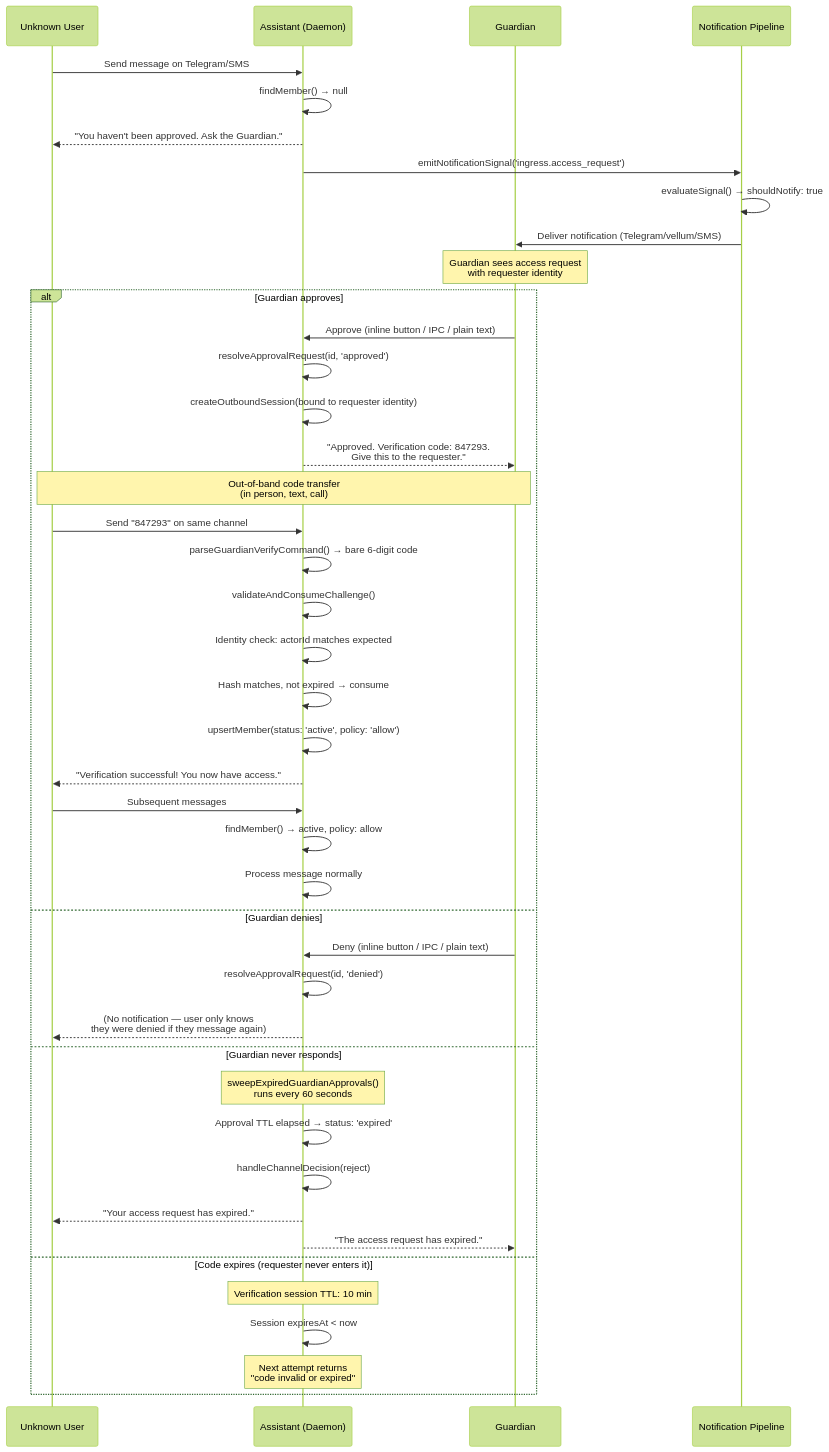
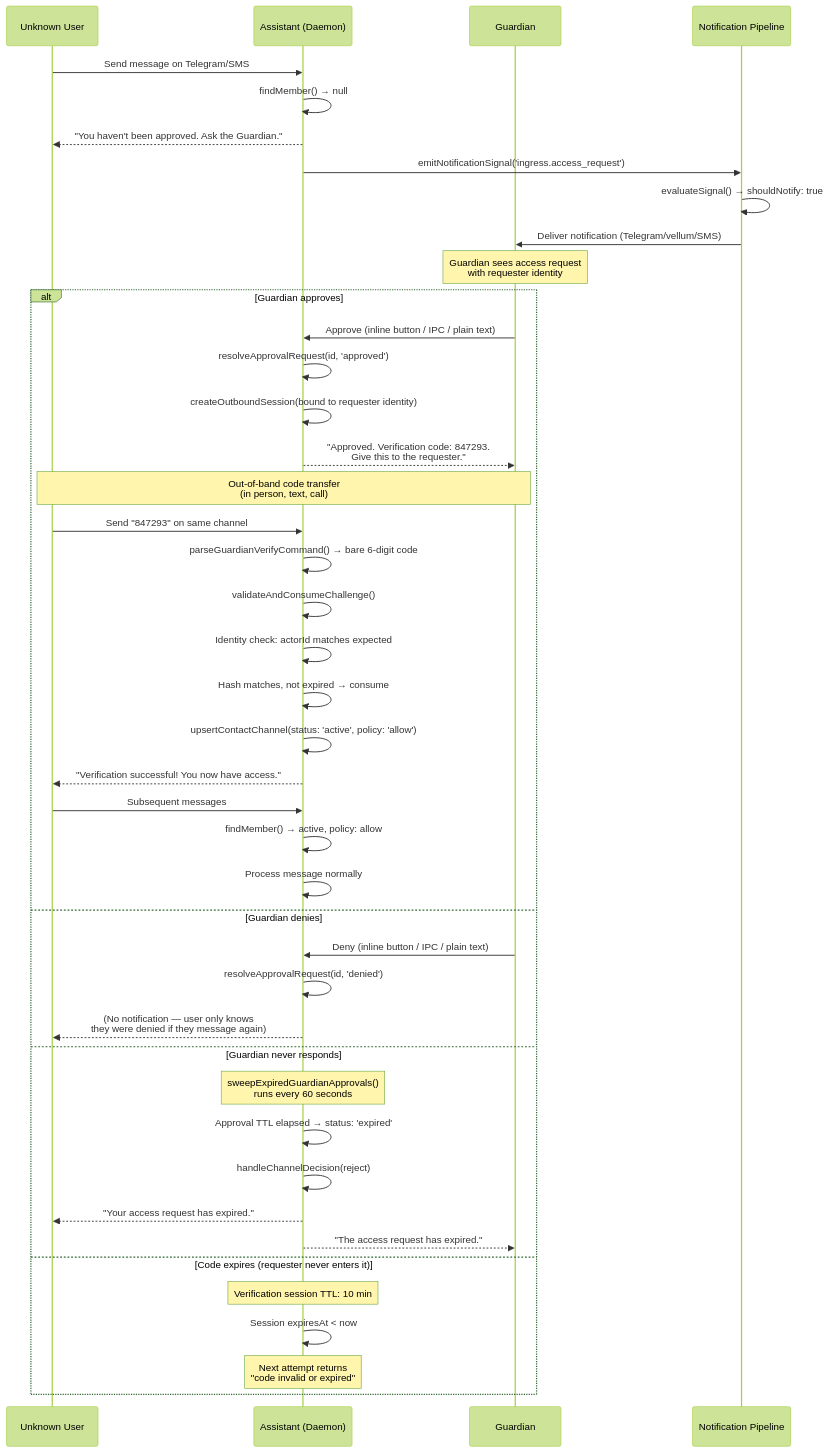
The diagram in assistant/docs/trusted-contact-access.md (vellum-ai/vellum-assistant), drawn with Mermaid (forest theme) before and after one commit. The commit also changed other lines of this file, not shown here.

Commit message:
fix: update docs to reference upsertContactChannel

````diff
--- a/assistant/docs/trusted-contact-access.md
+++ b/assistant/docs/trusted-contact-access.md
@@ -147,55 +147,55 @@
 ```mermaid
 sequenceDiagram
     participant U as Unknown User
     participant A as Assistant (Daemon)
     participant G as Guardian
     participant N as Notification Pipeline
 
     U->>A: Send message on Telegram/SMS
     A->>A: findMember() → null
     A-->>U: "You haven't been approved. Ask the Guardian."
 
     A->>N: emitNotificationSignal('ingress.access_request')
     N->>N: evaluateSignal() → shouldNotify: true
     N->>G: Deliver notification (Telegram/vellum/SMS)
 
     Note over G: Guardian sees access request<br/>with requester identity
 
     alt Guardian approves
         G->>A: Approve (inline button / IPC / plain text)
         A->>A: resolveApprovalRequest(id, 'approved')
         A->>A: createOutboundSession(bound to requester identity)
         A-->>G: "Approved. Verification code: 847293.<br/>Give this to the requester."
 
         Note over G,U: Out-of-band code transfer<br/>(in person, text, call)
 
         U->>A: Send "847293" on same channel
         A->>A: parseGuardianVerifyCommand() → bare 6-digit code
         A->>A: validateAndConsumeChallenge()
         A->>A: Identity check: actorId matches expected
         A->>A: Hash matches, not expired → consume
-        A->>A: upsertMember(status: 'active', policy: 'allow')
+        A->>A: upsertContactChannel(status: 'active', policy: 'allow')
         A-->>U: "Verification successful! You now have access."
 
         U->>A: Subsequent messages
         A->>A: findMember() → active, policy: allow
         A->>A: Process message normally
 
     else Guardian denies
         G->>A: Deny (inline button / IPC / plain text)
         A->>A: resolveApprovalRequest(id, 'denied')
         A-->>U: (No notification — user only knows<br/>they were denied if they message again)
 
     else Guardian never responds
         Note over A: sweepExpiredGuardianApprovals()<br/>runs every 60 seconds
         A->>A: Approval TTL elapsed → status: 'expired'
         A->>A: handleChannelDecision(reject)
         A-->>U: "Your access request has expired."
         A-->>G: "The access request has expired."
 
     else Code expires (requester never enters it)
         Note over A: Verification session TTL: 10 min
         A->>A: Session expiresAt < now
         Note over A: Next attempt returns<br/>"code invalid or expired"
     end
 ```
````
